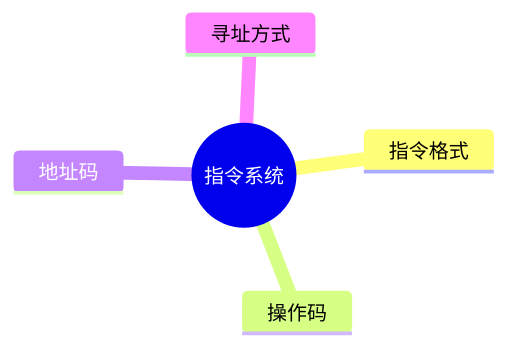
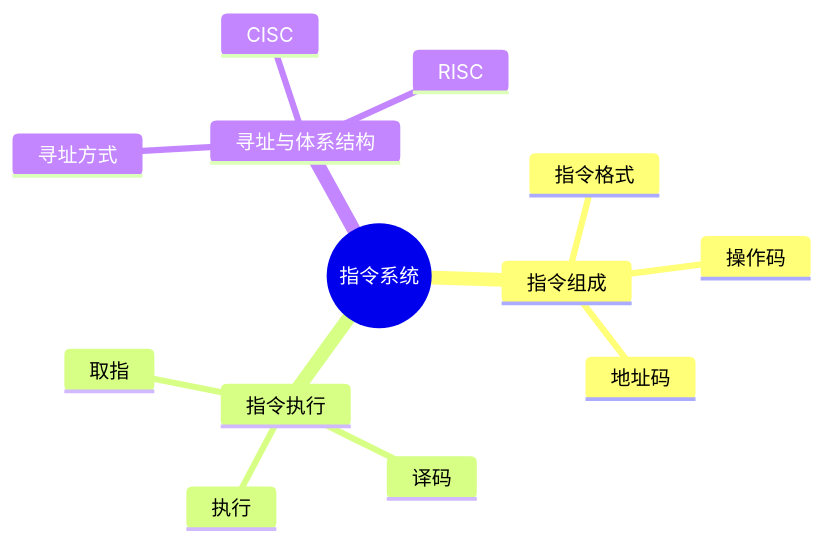
The first of 3 diagrams in docs/ruankao/system-architect/chapters/05-instruction-system.md (skylonely/sgao-website), drawn with Mermaid before and after one commit. The commit also changed 39 other files, not shown here.

Commit message:
fix: Mermaid 思维导图

````diff
--- a/docs/ruankao/system-architect/chapters/05-instruction-system.md
+++ b/docs/ruankao/system-architect/chapters/05-instruction-system.md
@@ -40,8 +40,16 @@
 ```mermaid
 mindmap
   root((指令系统))
-    指令格式
-    操作码
-    地址码
-    寻址方式
+    指令组成
+      指令格式
+      操作码
+      地址码
+    指令执行
+      取指
+      译码
+      执行
+    寻址与体系结构
+      寻址方式
+      CISC
+      RISC
 ```
````
